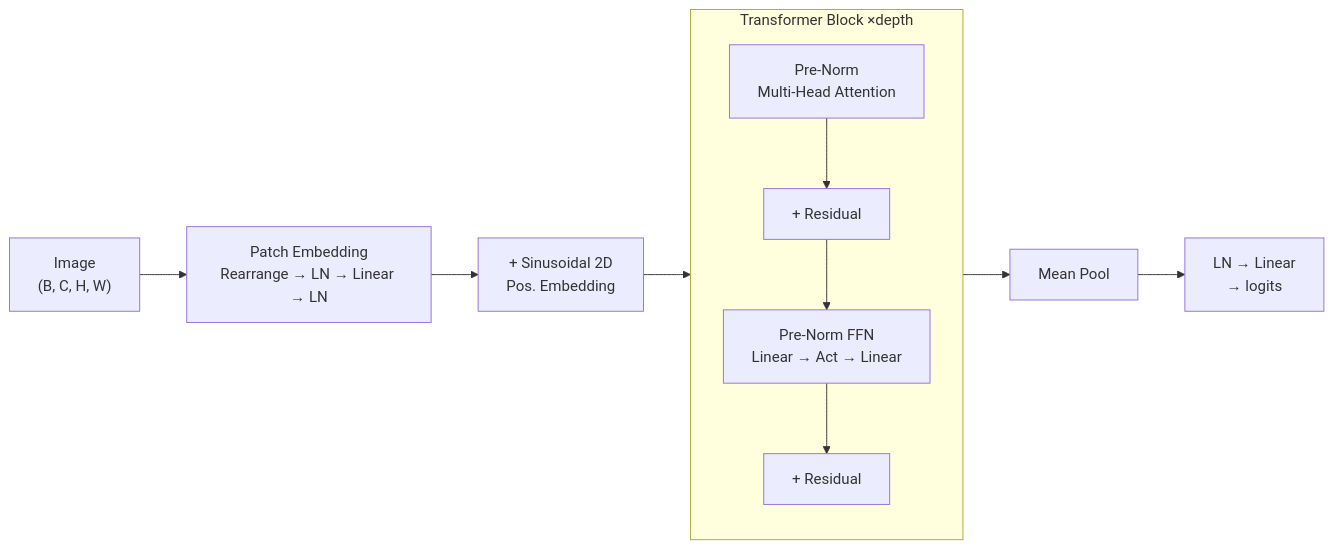
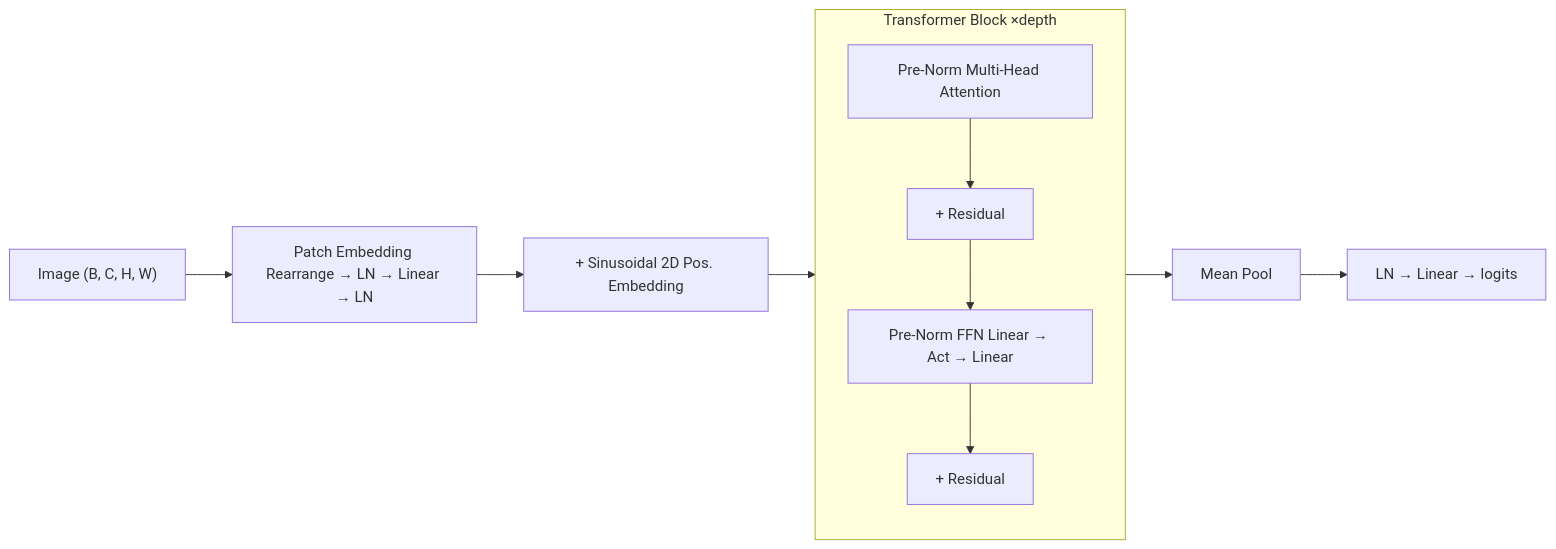
The first of 3 diagrams in README.md (MaTichy/Rational_Activations_and_Compression_in_Visual_Transformer_Models), drawn with Mermaid before and after one commit. The commit also changed other lines of this file, not shown here.

Commit message:
Fix formatting in README mermaid diagrams

````diff
--- a/README.md
+++ b/README.md
@@ -38,15 +38,15 @@
 ```mermaid
 flowchart LR
-    A["Image\n(B, C, H, W)"] --> B["Patch Embedding\nRearrange → LN → Linear → LN"]
-    B --> C["+ Sinusoidal 2D\nPos. Embedding"]
+    A["Image (B, C, H, W)"] --> B["Patch Embedding Rearrange → LN → Linear → LN"]
+    B --> C["+ Sinusoidal 2D Pos. Embedding"]
     C --> D["Transformer ×depth"]
     D --> E["Mean Pool"]
-    E --> F["LN → Linear\n→ logits"]
+    E --> F["LN → Linear → logits"]
 
     subgraph D["Transformer Block ×depth"]
         direction TB
-        D1["Pre-Norm\nMulti-Head Attention"] --> D2["+ Residual"]
-        D2 --> D3["Pre-Norm FFN\nLinear → Act → Linear"]
+        D1["Pre-Norm Multi-Head Attention"] --> D2["+ Residual"]
+        D2 --> D3["Pre-Norm FFN Linear → Act → Linear"]
         D3 --> D4["+ Residual"]
     end
 ```
````
